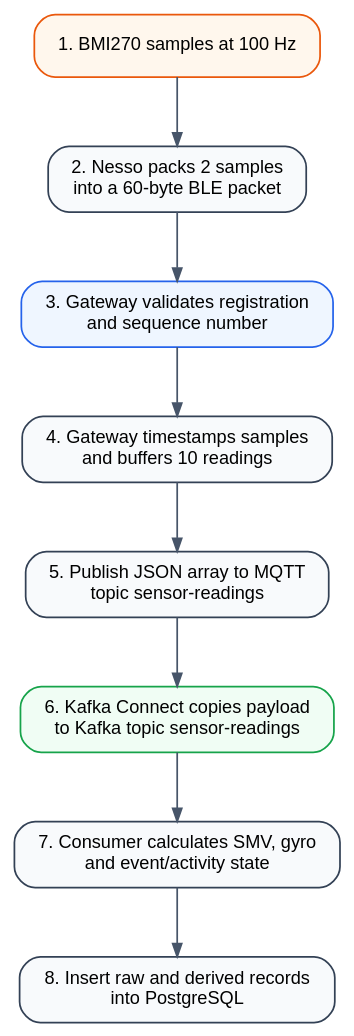
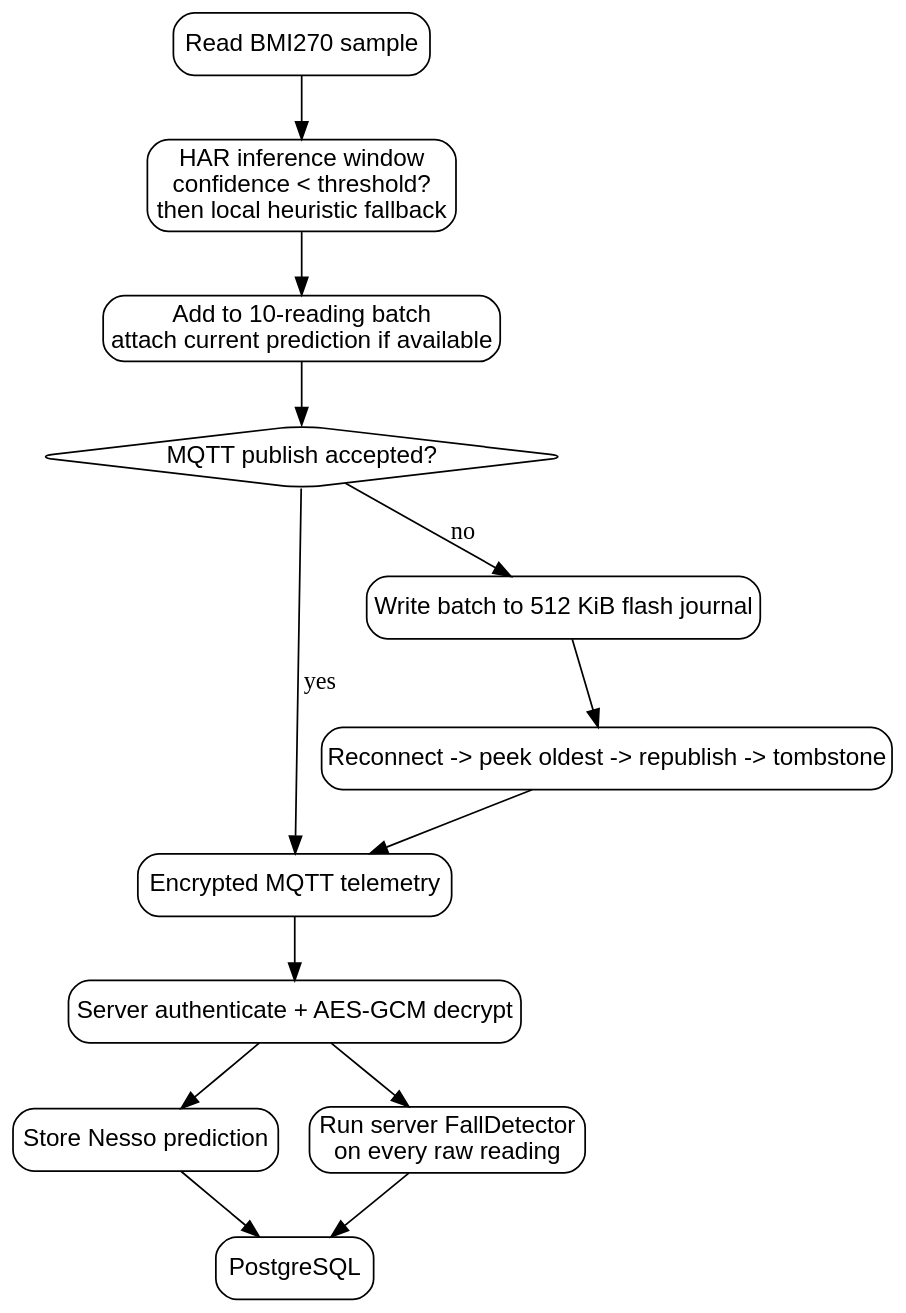
Before and after one commit to minhtribui153/fall-analysis: the diagram in docs/assets/telemetry-flow.dot, drawn with Graphviz. The commit also changed 31 other files, not shown here.

```diff
--- a/docs/assets/telemetry-flow.dot
+++ b/docs/assets/telemetry-flow.dot
@@ -1,16 +1,21 @@
 digraph G {
-  graph [rankdir=TB, bgcolor="transparent", pad=0.3, nodesep=0.35, ranksep=0.55, fontname="Arial"];
-  node [shape=box, style="rounded,filled", fontname="Arial", fontsize=10.5, color="#334155", fillcolor="#F8FAFC", margin="0.16,0.10"];
-  edge [fontname="Arial", fontsize=9, color="#475569", arrowsize=0.75];
-
-  a [label="1. BMI270 samples at 100 Hz", fillcolor="#FFF7ED", color="#EA580C"];
-  b [label="2. Nesso packs 2 samples\ninto a 60-byte BLE packet"];
-  c [label="3. Gateway validates registration\nand sequence number", fillcolor="#EFF6FF", color="#2563EB"];
-  d [label="4. Gateway timestamps samples\nand buffers 10 readings"];
-  e [label="5. Publish JSON array to MQTT\ntopic sensor-readings"];
-  f [label="6. Kafka Connect copies payload\nto Kafka topic sensor-readings", fillcolor="#F0FDF4", color="#16A34A"];
-  g [label="7. Consumer calculates SMV, gyro\nand event/activity state"];
-  h [label="8. Insert raw and derived records\ninto PostgreSQL"];
-
-  a -> b -> c -> d -> e -> f -> g -> h;
+  rankdir=TB; graph [bgcolor="transparent", pad="0.2"]; node [shape=box, style="rounded", fontname="Arial"];
+  sample [label="Read BMI270 sample"];
+  har [label="HAR inference window\nconfidence < threshold?\nthen local heuristic fallback"];
+  batch [label="Add to 10-reading batch\nattach current prediction if available"];
+  conn [shape=diamond,label="MQTT publish accepted?"];
+  live [label="Encrypted MQTT telemetry"];
+  flash [label="Write batch to 512 KiB flash journal"];
+  replay [label="Reconnect -> peek oldest -> republish -> tombstone"];
+  decrypt [label="Server authenticate + AES-GCM decrypt"];
+  pred [label="Store Nesso prediction"];
+  rules [label="Run server FallDetector\non every raw reading"];
+  db [label="PostgreSQL"];
+  sample -> har -> batch -> conn;
+  conn -> live [label="yes"];
+  conn -> flash [label="no"];
+  flash -> replay -> live;
+  live -> decrypt;
+  decrypt -> pred -> db;
+  decrypt -> rules -> db;
 }
```
